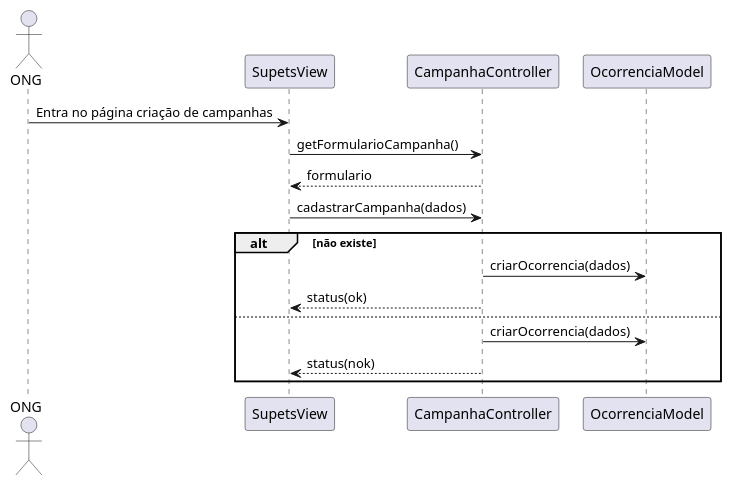
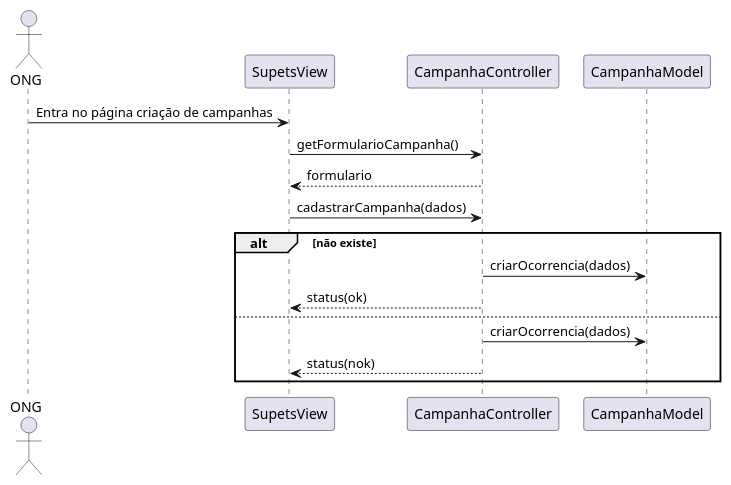
The second of 3 diagrams in modelagem/diagrama_sequencia.md (CarlosDinizz/proj-lab-eng-software), drawn with PlantUML before and after one commit. The commit also changed other lines of this file, not shown here.

````diff
--- a/modelagem/diagrama_sequencia.md
+++ b/modelagem/diagrama_sequencia.md
@@ -28,20 +28,20 @@
 ```plantuml
 @startuml
 skinparam Shadowing false
 
 actor ONG 
 
 ONG -> SupetsView: Entra no página criação de campanhas
 SupetsView -> CampanhaController: getFormularioCampanha()
 CampanhaController --> SupetsView: formulario
 SupetsView -> CampanhaController: cadastrarCampanha(dados)
 
 alt não existe
-CampanhaController -> OcorrenciaModel: criarOcorrencia(dados)
+CampanhaController -> CampanhaModel: criarOcorrencia(dados)
 CampanhaController --> SupetsView: status(ok)
 else
-CampanhaController -> OcorrenciaModel: criarOcorrencia(dados)
+CampanhaController -> CampanhaModel: criarOcorrencia(dados)
 CampanhaController --> SupetsView: status(nok)
 end
 @enduml
 ```
````
